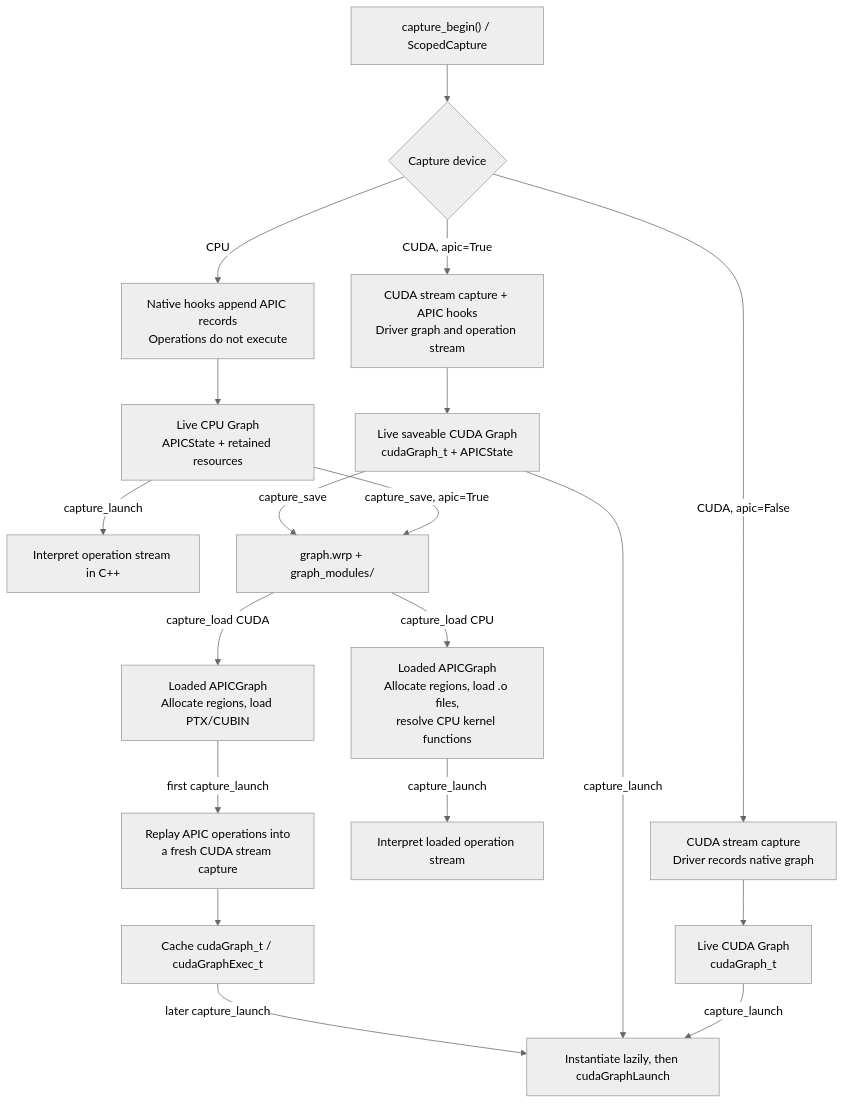
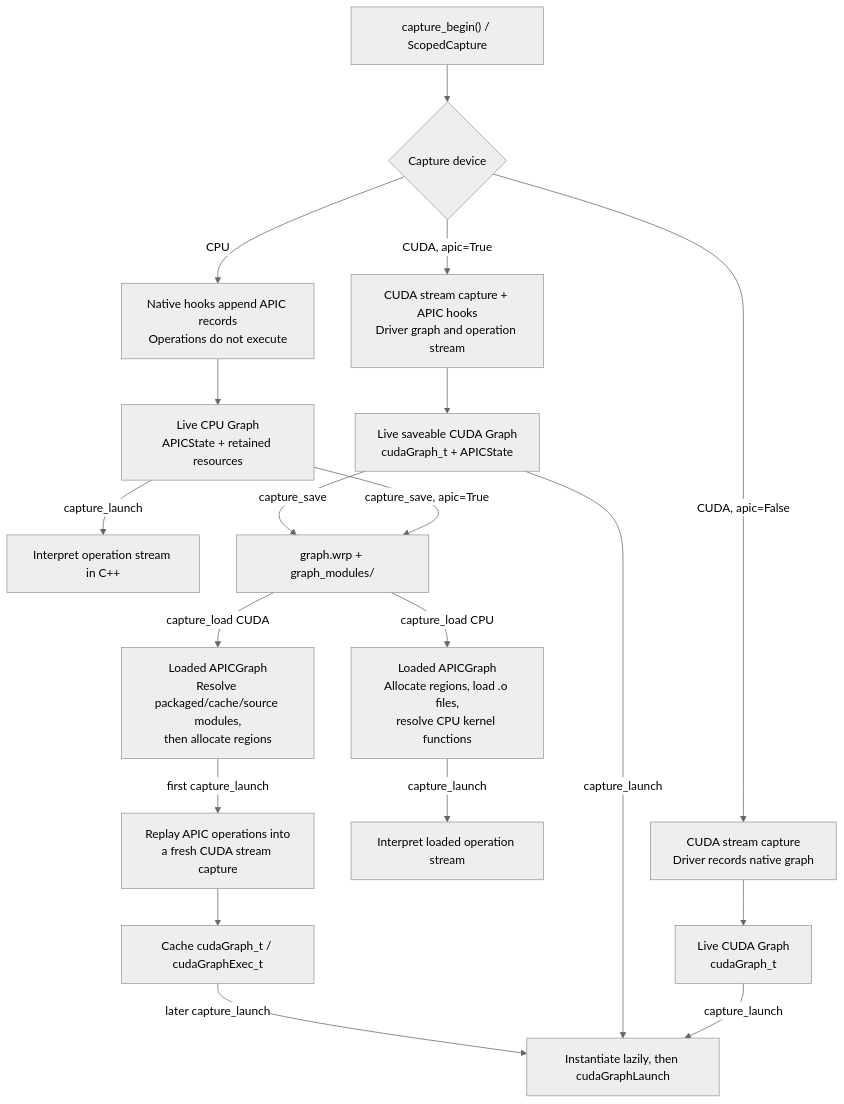
Before and after one commit to NVIDIA/warp: the diagram in design/api-capture-and-cpu-graphs.md, drawn with Mermaid (neutral theme). The commit also changed other lines of this file and 15 other files, not shown here.

First line of the commit message:
Portable CUDA Replay for API Capture (GH-1837)

````diff
--- a/design/api-capture-and-cpu-graphs.md
+++ b/design/api-capture-and-cpu-graphs.md
@@ -71,27 +70,27 @@
 ```mermaid
 flowchart TD
     A["capture_begin() / ScopedCapture"] --> B{"Capture device"}
 
     B -->|CPU| C["Native hooks append APIC records<br/>Operations do not execute"]
     B -->|CUDA, apic=False| D["CUDA stream capture<br/>Driver records native graph"]
     B -->|CUDA, apic=True| E["CUDA stream capture + APIC hooks<br/>Driver graph and operation stream"]
 
     C --> F["Live CPU Graph<br/>APICState + retained resources"]
     D --> G["Live CUDA Graph<br/>cudaGraph_t"]
     E --> H["Live saveable CUDA Graph<br/>cudaGraph_t + APICState"]
 
     F -->|capture_launch| I["Interpret operation stream in C++"]
     G -->|capture_launch| J["Instantiate lazily, then cudaGraphLaunch"]
     H -->|capture_launch| J
 
     F -->|capture_save, apic=True| K["graph.wrp + graph_modules/"]
     H -->|capture_save| K
 
     K -->|capture_load CPU| L["Loaded APICGraph<br/>Allocate regions, load .o files,<br/>resolve CPU kernel functions"]
-    K -->|capture_load CUDA| M["Loaded APICGraph<br/>Allocate regions, load PTX/CUBIN"]
+    K -->|capture_load CUDA| M["Loaded APICGraph<br/>Resolve packaged/cache/source modules,<br/>then allocate regions"]
 
     L -->|capture_launch| N["Interpret loaded operation stream"]
     M -->|first capture_launch| O["Replay APIC operations into<br/>a fresh CUDA stream capture"]
     O --> P["Cache cudaGraph_t / cudaGraphExec_t"]
     P -->|later capture_launch| J
 ```
````
